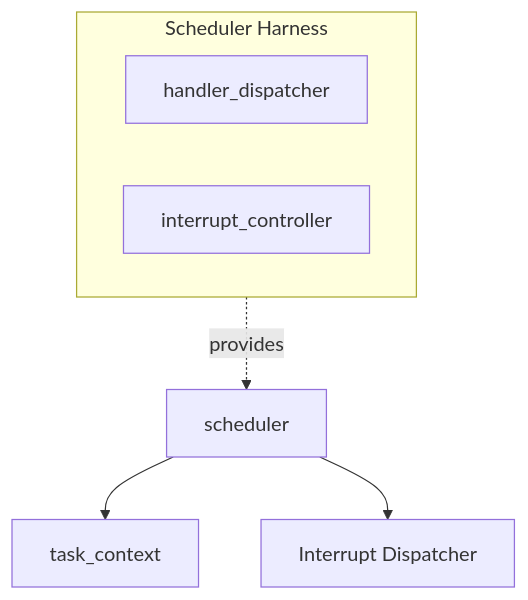
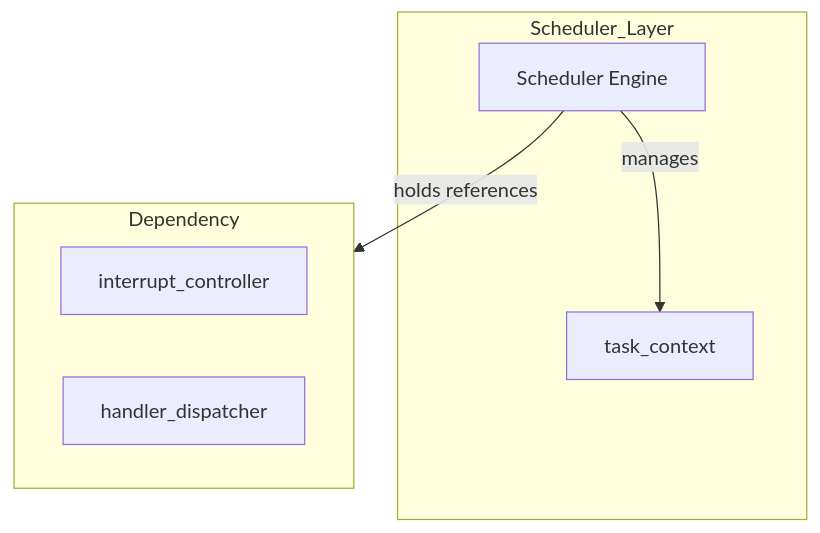
Before and after one commit to kmt-t/fireball: the first of 2 diagrams in docs/orders/components/scheduler.md, drawn with Mermaid. The commit also changed other lines of this file and 11 other files, not shown here.

````diff
--- a/docs/orders/components/scheduler.md
+++ b/docs/orders/components/scheduler.md
@@ -17,12 +17,15 @@
 ```mermaid
 graph TD
-    subgraph Harness[Scheduler Harness]
-        H_IF[handler_dispatcher]
-        I_IF[interrupt_controller]
+    subgraph Scheduler_Layer
+        Engine[Scheduler Engine]
+        TCB[task_context]
     end
 
-    Sched[scheduler] --> TCB[task_context]
-    Sched --> Int[Interrupt Dispatcher]
-    
-    Harness -. provides .-> Sched
+    subgraph Dependency
+        I_IF[interrupt_controller]
+        H_IF[handler_dispatcher]
+    end
+
+    Engine -- holds references --> Dependency
+    Engine -- manages --> TCB
 ```
````
